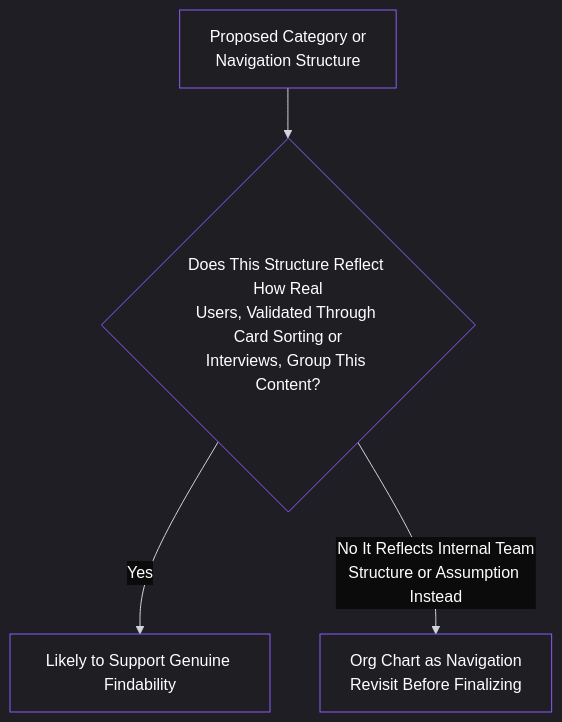
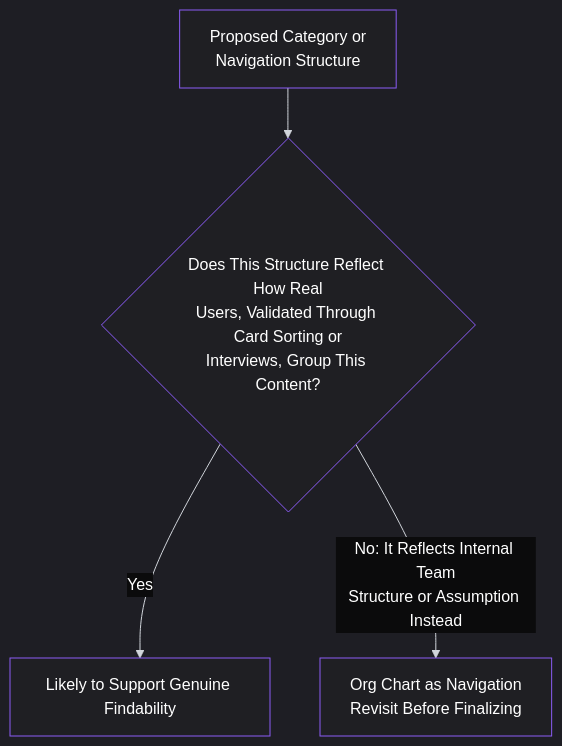
Before and after one commit to pmacademy-app/web: the fifth of 5 diagrams in content/lessons/lesson-028.md, drawn with Mermaid. The commit also changed other lines of this file and 275 other files, not shown here.

````diff
--- a/content/lessons/lesson-028.md
+++ b/content/lessons/lesson-028.md
@@ -261,36 +261,36 @@
 ```mermaid
 %%{init: {
   "theme": "dark",
   "themeVariables": {
     "background": "#0b0b0c",
     "primaryColor": "#1f1f23",
     "primaryTextColor": "#ffffff",
     "primaryBorderColor": "#8b5cf6",
     "lineColor": "#d1d5db",
     "secondaryColor": "#18181b",
     "tertiaryColor": "#111111",
     "mainBkg": "#1f1f23",
     "nodeBorder": "#8b5cf6",
     "clusterBkg": "#000000",
     "clusterBorder": "#27272a",
     "titleColor": "#ffffff",
     "edgeLabelBackground": "#0b0b0c",
     "nodeTextColor": "#ffffff",
     "edgeLabelColor": "#ffffff",
     "actorBorder": "#8b5cf6",
     "actorBkg": "#1f1f23",
     "actorTextColor": "#ffffff",
     "sequenceNumberColor": "#ffffff",
     "signalColor": "#8b5cf6",
     "signalTextColor": "#ffffff",
     "textColor": "#ffffff",
     "classText": "#ffffff",
     "classBorder": "#8b5cf6",
     "classBkg": "#1f1f23"
   }
 }}%%
 graph TD
     A[Proposed Category or<br/>Navigation Structure] --> B{Does This Structure Reflect How Real<br/>Users, Validated Through Card Sorting or<br/>Interviews, Group This Content?}
     B -->|Yes| C[Likely to Support Genuine Findability]
-    B -->|No It Reflects Internal Team<br/>Structure or Assumption Instead| D["Org Chart as Navigation"<br/> Revisit Before Finalizing]
+    B -->|No: It Reflects Internal Team<br/>Structure or Assumption Instead| D["Org Chart as Navigation"<br/>Revisit Before Finalizing]
 ```
````
